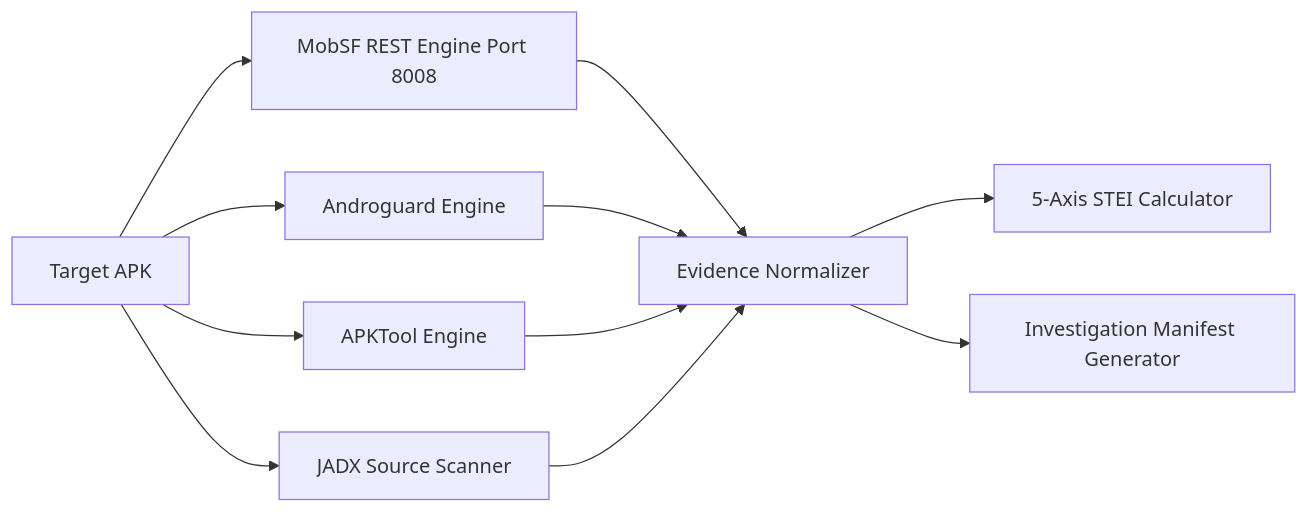
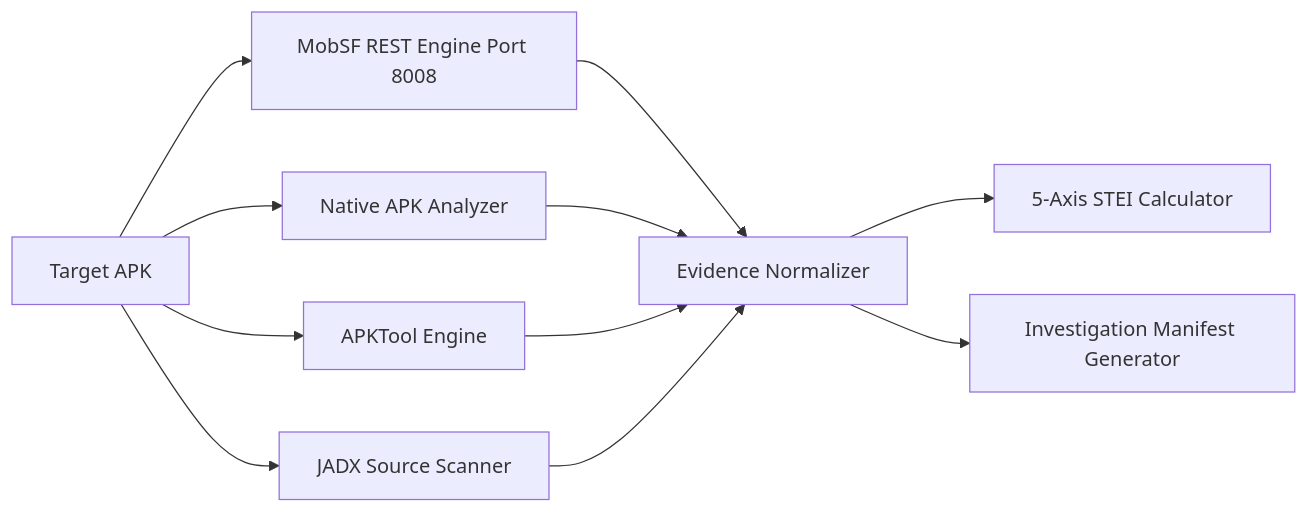
One commit to SanTiwari07/Sudarshan changed the second of 3 diagrams in docs/ARCHITECTURE.md. Above: the diagram before and after it, drawn with Mermaid. The commit also changed other lines of this file and 39 other files, not shown here.

````diff
--- a/docs/ARCHITECTURE.md
+++ b/docs/ARCHITECTURE.md
@@ -172,15 +175,15 @@
 ```mermaid
 graph LR
     APK[Target APK] --> MobSF[MobSF REST Engine Port 8008]
-    APK --> Andro[Androguard Engine]
+    APK --> Andro[Native APK Analyzer]
     APK --> APKT[APKTool Engine]
     APK --> JADX[JADX Source Scanner]
 
     MobSF --> Normalizer[Evidence Normalizer]
     Andro --> Normalizer
     APKT --> Normalizer
     JADX --> Normalizer
 
     Normalizer --> STEI[5-Axis STEI Calculator]
     Normalizer --> Manifest[Investigation Manifest Generator]
 ```
````
